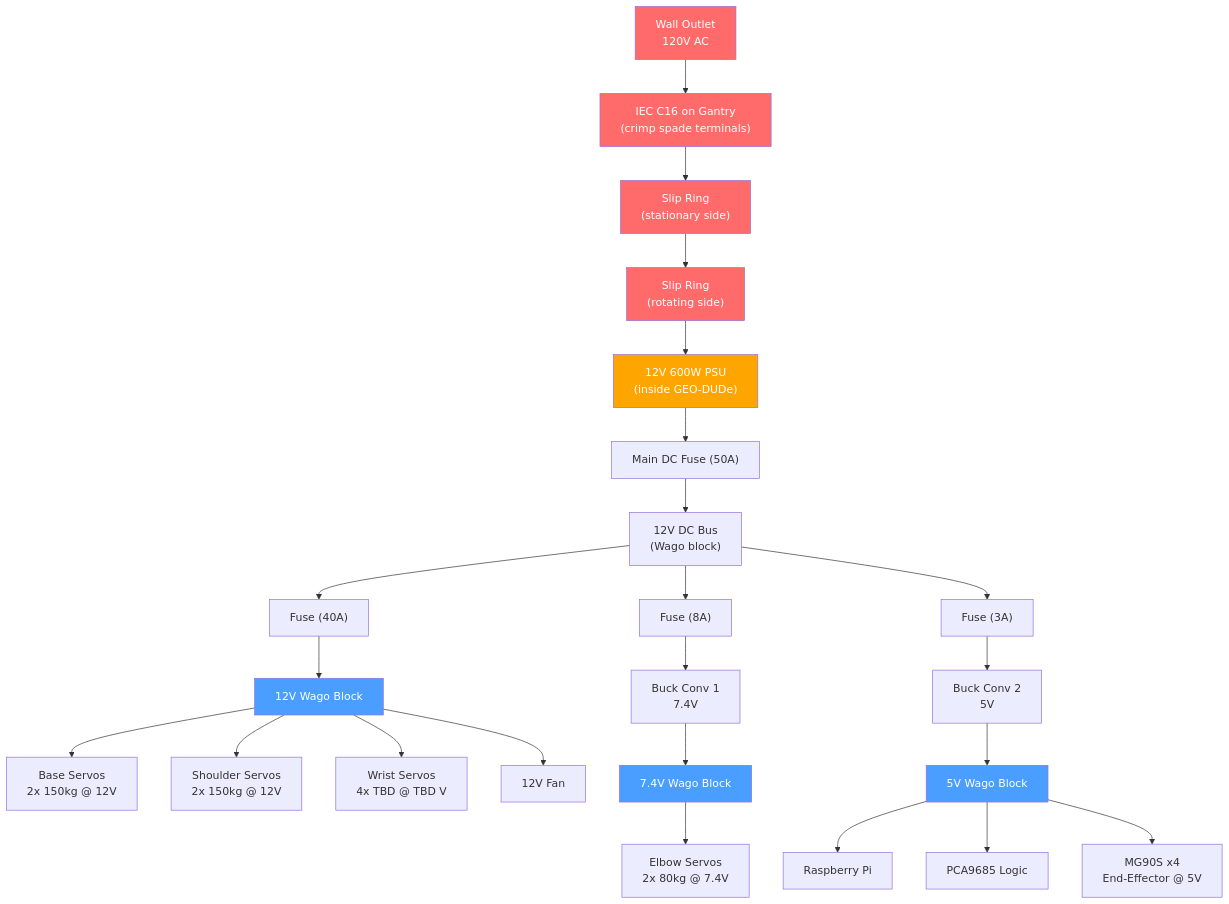
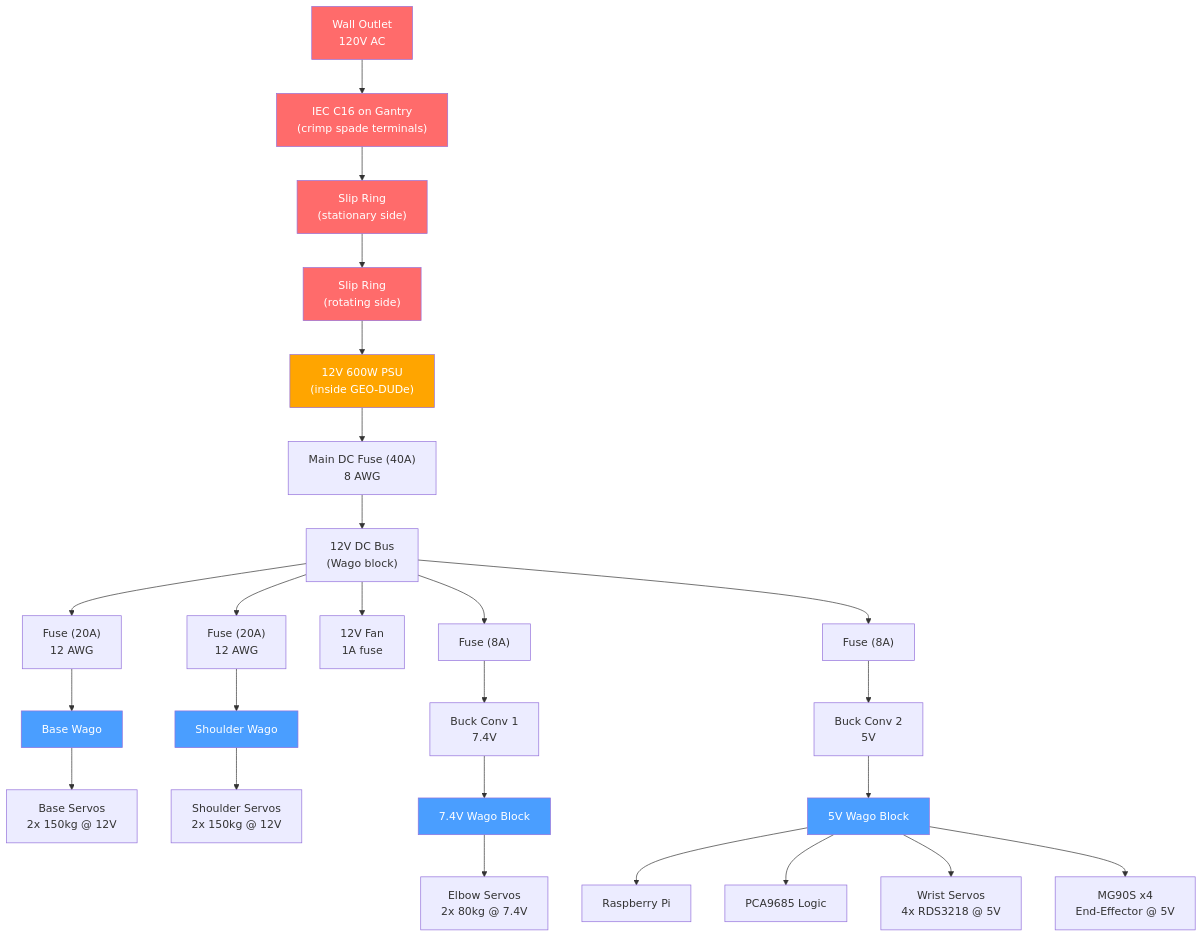
Before and after one commit to zeulewan/geodude-control: the first of 2 diagrams in docs/electrical/geodude/index.md, drawn with Mermaid. The commit also changed other lines of this file and 3 other files, not shown here.

````diff
--- a/docs/electrical/geodude/index.md
+++ b/docs/electrical/geodude/index.md
@@ -194,35 +200,39 @@
 ```mermaid
 graph TD
     WALL["Wall Outlet<br/>120V AC"] --> IEC["IEC C16 on Gantry<br/>(crimp spade terminals)"]
     IEC --> SLIP_IN["Slip Ring<br/>(stationary side)"]
     SLIP_IN --> SLIP_OUT["Slip Ring<br/>(rotating side)"]
     SLIP_OUT --> PSU["12V 600W PSU<br/>(inside GEO-DUDe)"]
 
-    PSU --> F_MAIN["Main DC Fuse (50A)"]
+    PSU --> F_MAIN["Main DC Fuse (40A)<br/>8 AWG"]
     F_MAIN --> BUS["12V DC Bus<br/>(Wago block)"]
 
-    BUS --> F_SERVO["Fuse (40A)"] --> WAGO12["12V Wago Block"]
-    WAGO12 --> BASE["Base Servos<br/>2x 150kg @ 12V"]
-    WAGO12 --> SHOULDER["Shoulder Servos<br/>2x 150kg @ 12V"]
-    WAGO12 --> WRIST["Wrist Servos<br/>4x TBD @ TBD V"]
-    WAGO12 --> FAN["12V Fan"]
+    BUS --> F_BASE["Fuse (20A)<br/>12 AWG"] --> WAGO_BASE["Base Wago"]
+    WAGO_BASE --> BASE["Base Servos<br/>2x 150kg @ 12V"]
+
+    BUS --> F_SHLD["Fuse (20A)<br/>12 AWG"] --> WAGO_SHLD["Shoulder Wago"]
+    WAGO_SHLD --> SHOULDER["Shoulder Servos<br/>2x 150kg @ 12V"]
+
+    BUS --> FAN["12V Fan<br/>1A fuse"]
 
     BUS --> F_ELBOW["Fuse (8A)"] --> BUCK1["Buck Conv 1<br/>7.4V"]
     BUCK1 --> WAGO74["7.4V Wago Block"]
     WAGO74 --> ELBOW["Elbow Servos<br/>2x 80kg @ 7.4V"]
 
-    BUS --> F_5V["Fuse (3A)"] --> BUCK2["Buck Conv 2<br/>5V"]
+    BUS --> F_5V["Fuse (8A)"] --> BUCK2["Buck Conv 2<br/>5V"]
     BUCK2 --> WAGO5["5V Wago Block"]
     WAGO5 --> PI["Raspberry Pi"]
     WAGO5 --> PCA["PCA9685 Logic"]
+    WAGO5 --> WRIST["Wrist Servos<br/>4x RDS3218 @ 5V"]
     WAGO5 --> MG90["MG90S x4<br/>End-Effector @ 5V"]
 
     style WALL fill:#ff6b6b,color:#fff
     style SLIP_IN fill:#ff6b6b,color:#fff
     style SLIP_OUT fill:#ff6b6b,color:#fff
     style IEC fill:#ff6b6b,color:#fff
     style PSU fill:#ffa500,color:#fff
-    style WAGO12 fill:#4a9eff,color:#fff
+    style WAGO_BASE fill:#4a9eff,color:#fff
+    style WAGO_SHLD fill:#4a9eff,color:#fff
     style WAGO74 fill:#4a9eff,color:#fff
     style WAGO5 fill:#4a9eff,color:#fff
 ```
````
